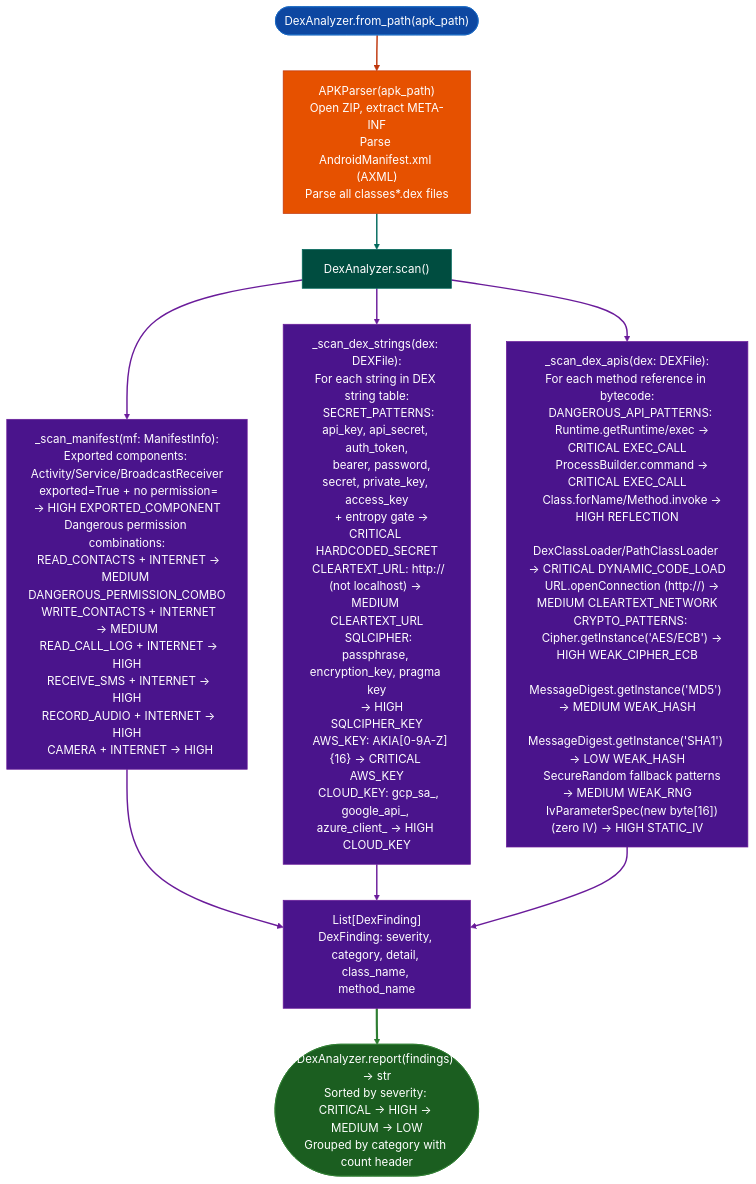
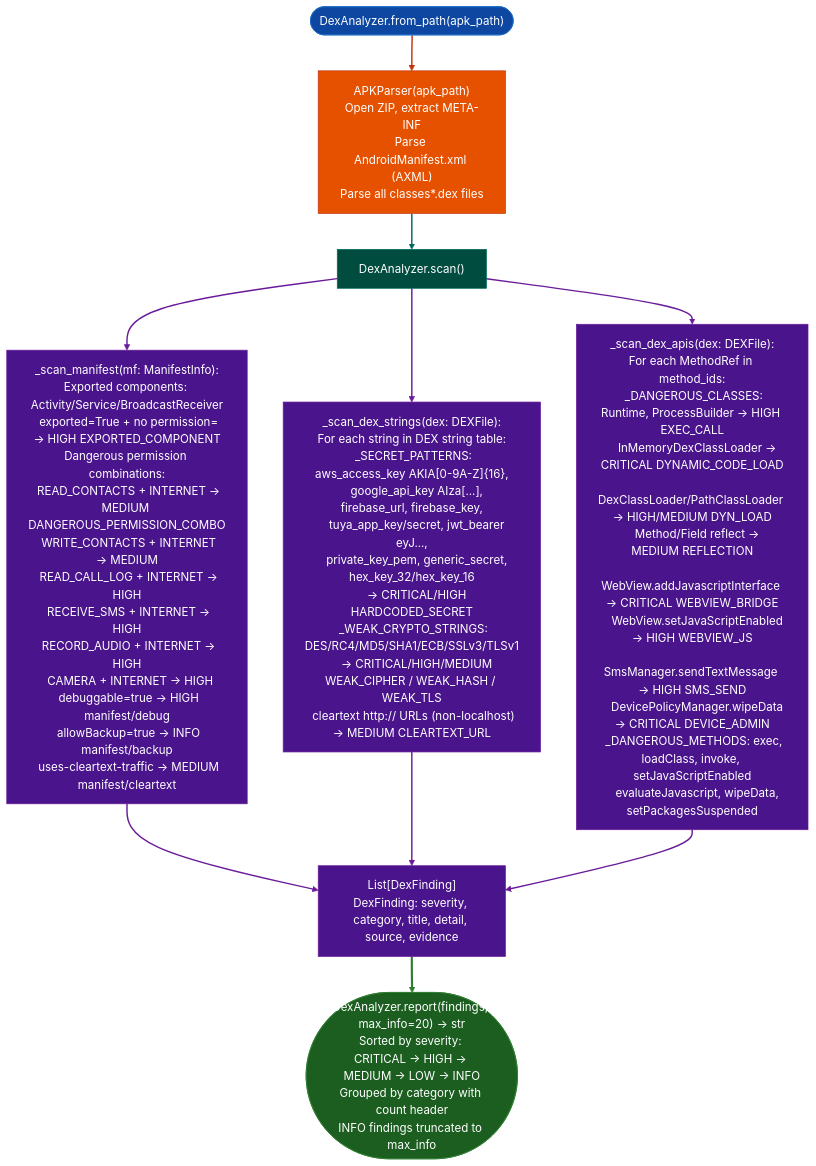
Before and after one commit to Ablation-Tool/ablation: the diagram in docs/reference-modules/dex.md, drawn with Mermaid. The commit also changed other lines of this file, not shown here.

First line of the commit message:
docs(dex): expand to full template standard with Wikipedia-style coverage

````diff
--- a/docs/reference-modules/dex.md
+++ b/docs/reference-modules/dex.md
@@ -29,27 +111,27 @@
 ```mermaid
 flowchart TD
     A(["DexAnalyzer.from_path(apk_path)"]):::input --> B["APKParser(apk_path)\nOpen ZIP, extract META-INF\nParse AndroidManifest.xml (AXML)\nParse all classes*.dex files"]:::primary
     B:::primary --> C["DexAnalyzer.scan()"]:::secondary
-    C:::secondary --> D["_scan_manifest(mf: ManifestInfo):\nExported components: Activity/Service/BroadcastReceiver\n  exported=True + no permission= → HIGH EXPORTED_COMPONENT\nDangerous permission combinations:\n  READ_CONTACTS + INTERNET → MEDIUM DANGEROUS_PERMISSION_COMBO\n  WRITE_CONTACTS + INTERNET → MEDIUM\n  READ_CALL_LOG + INTERNET → HIGH\n  RECEIVE_SMS + INTERNET → HIGH\n  RECORD_AUDIO + INTERNET → HIGH\n  CAMERA + INTERNET → HIGH"]:::tertiary
-    C:::secondary --> E["_scan_dex_strings(dex: DEXFile):\nFor each string in DEX string table:\n  SECRET_PATTERNS: api_key, api_secret, auth_token,\n    bearer, password, secret, private_key, access_key\n    + entropy gate → CRITICAL HARDCODED_SECRET\n  CLEARTEXT_URL: http:// (not localhost) → MEDIUM CLEARTEXT_URL\n  SQLCIPHER: passphrase, encryption_key, pragma key\n    → HIGH SQLCIPHER_KEY\n  AWS_KEY: AKIA[0-9A-Z]{16} → CRITICAL AWS_KEY\n  CLOUD_KEY: gcp_sa_, google_api_, azure_client_ → HIGH CLOUD_KEY"]:::tertiary
-    C:::secondary --> F["_scan_dex_apis(dex: DEXFile):\nFor each method reference in bytecode:\n  DANGEROUS_API_PATTERNS:\n    Runtime.getRuntime/exec → CRITICAL EXEC_CALL\n    ProcessBuilder.command → CRITICAL EXEC_CALL\n    Class.forName/Method.invoke → HIGH REFLECTION\n    DexClassLoader/PathClassLoader → CRITICAL DYNAMIC_CODE_LOAD\n    URL.openConnection (http://) → MEDIUM CLEARTEXT_NETWORK\n  CRYPTO_PATTERNS:\n    Cipher.getInstance('AES/ECB') → HIGH WEAK_CIPHER_ECB\n    MessageDigest.getInstance('MD5') → MEDIUM WEAK_HASH\n    MessageDigest.getInstance('SHA1') → LOW WEAK_HASH\n    SecureRandom fallback patterns → MEDIUM WEAK_RNG\n    IvParameterSpec(new byte[16]) (zero IV) → HIGH STATIC_IV"]:::tertiary
-    D:::tertiary --> G["List[DexFinding]\nDexFinding: severity, category, detail, class_name, method_name"]:::tertiary
+    C:::secondary --> D["_scan_manifest(mf: ManifestInfo):\nExported components: Activity/Service/BroadcastReceiver\n  exported=True + no permission= → HIGH EXPORTED_COMPONENT\nDangerous permission combinations:\n  READ_CONTACTS + INTERNET → MEDIUM DANGEROUS_PERMISSION_COMBO\n  WRITE_CONTACTS + INTERNET → MEDIUM\n  READ_CALL_LOG + INTERNET → HIGH\n  RECEIVE_SMS + INTERNET → HIGH\n  RECORD_AUDIO + INTERNET → HIGH\n  CAMERA + INTERNET → HIGH\n  debuggable=true → HIGH manifest/debug\n  allowBackup=true → INFO manifest/backup\n  uses-cleartext-traffic → MEDIUM manifest/cleartext"]:::tertiary
+    C:::secondary --> E["_scan_dex_strings(dex: DEXFile):\nFor each string in DEX string table:\n  _SECRET_PATTERNS: aws_access_key AKIA[0-9A-Z]{16},\n    google_api_key AIza[...], firebase_url, firebase_key,\n    tuya_app_key/secret, jwt_bearer eyJ...,\n    private_key_pem, generic_secret, hex_key_32/hex_key_16\n    → CRITICAL/HIGH HARDCODED_SECRET\n  _WEAK_CRYPTO_STRINGS: DES/RC4/MD5/SHA1/ECB/SSLv3/TLSv1\n    → CRITICAL/HIGH/MEDIUM WEAK_CIPHER / WEAK_HASH / WEAK_TLS\n  cleartext http:// URLs (non-localhost) → MEDIUM CLEARTEXT_URL"]:::tertiary
+    C:::secondary --> F["_scan_dex_apis(dex: DEXFile):\nFor each MethodRef in method_ids:\n  _DANGEROUS_CLASSES: Runtime, ProcessBuilder → HIGH EXEC_CALL\n    InMemoryDexClassLoader → CRITICAL DYNAMIC_CODE_LOAD\n    DexClassLoader/PathClassLoader → HIGH/MEDIUM DYN_LOAD\n    Method/Field reflect → MEDIUM REFLECTION\n    WebView.addJavascriptInterface → CRITICAL WEBVIEW_BRIDGE\n    WebView.setJavaScriptEnabled → HIGH WEBVIEW_JS\n    SmsManager.sendTextMessage → HIGH SMS_SEND\n    DevicePolicyManager.wipeData → CRITICAL DEVICE_ADMIN\n  _DANGEROUS_METHODS: exec, loadClass, invoke, setJavaScriptEnabled\n    evaluateJavascript, wipeData, setPackagesSuspended"]:::tertiary
+    D:::tertiary --> G["List[DexFinding]\nDexFinding: severity, category, title, detail, source, evidence"]:::tertiary
     E:::tertiary --> G:::tertiary
     F:::tertiary --> G:::tertiary
-    G:::tertiary --> H(["DexAnalyzer.report(findings) → str\nSorted by severity: CRITICAL → HIGH → MEDIUM → LOW\nGrouped by category with count header"]):::output
+    G:::tertiary --> H(["DexAnalyzer.report(findings, max_info=20) → str\nSorted by severity: CRITICAL → HIGH → MEDIUM → LOW → INFO\nGrouped by category with count header\nINFO findings truncated to max_info"]):::output
     classDef input     fill:#0d47a1,stroke:#1565c0,color:#fff
     classDef primary   fill:#e65100,stroke:#bf360c,color:#fff
     classDef secondary fill:#004d40,stroke:#00695c,color:#fff
     classDef tertiary  fill:#4a148c,stroke:#6a1b9a,color:#fff
     classDef neutral   fill:#37474f,stroke:#546e7a,color:#fff
     classDef output    fill:#1b5e20,stroke:#2e7d32,color:#fff
     linkStyle 0 stroke:#bf360c,stroke-width:2px
     linkStyle 1 stroke:#00695c,stroke-width:2px
     linkStyle 2 stroke:#6a1b9a,stroke-width:2px
     linkStyle 3 stroke:#6a1b9a,stroke-width:2px
     linkStyle 4 stroke:#6a1b9a,stroke-width:2px
     linkStyle 5 stroke:#6a1b9a,stroke-width:2px
     linkStyle 6 stroke:#6a1b9a,stroke-width:2px
     linkStyle 7 stroke:#6a1b9a,stroke-width:2px
     linkStyle 8 stroke:#2e7d32,stroke-width:3px
 ```
````
